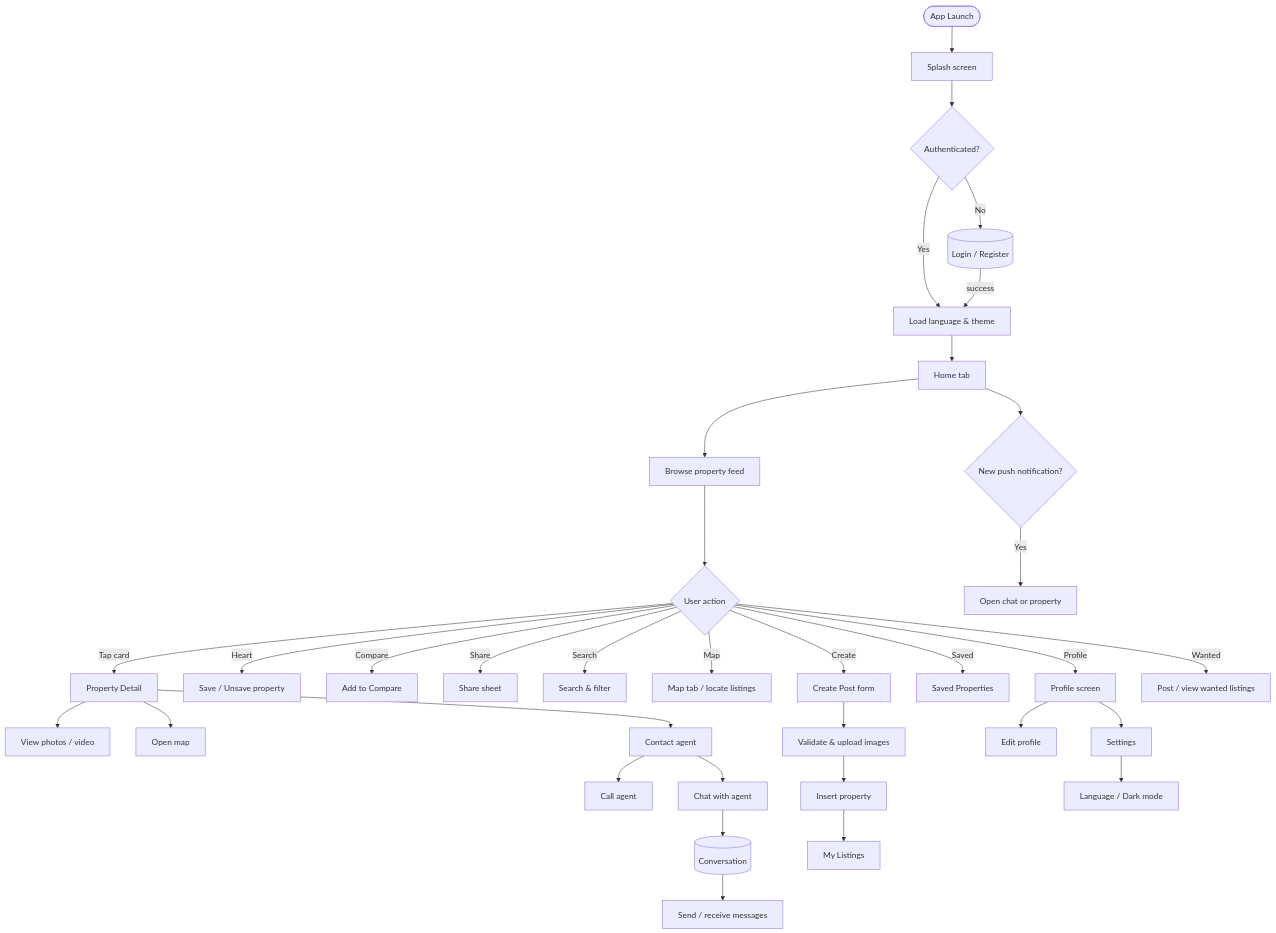
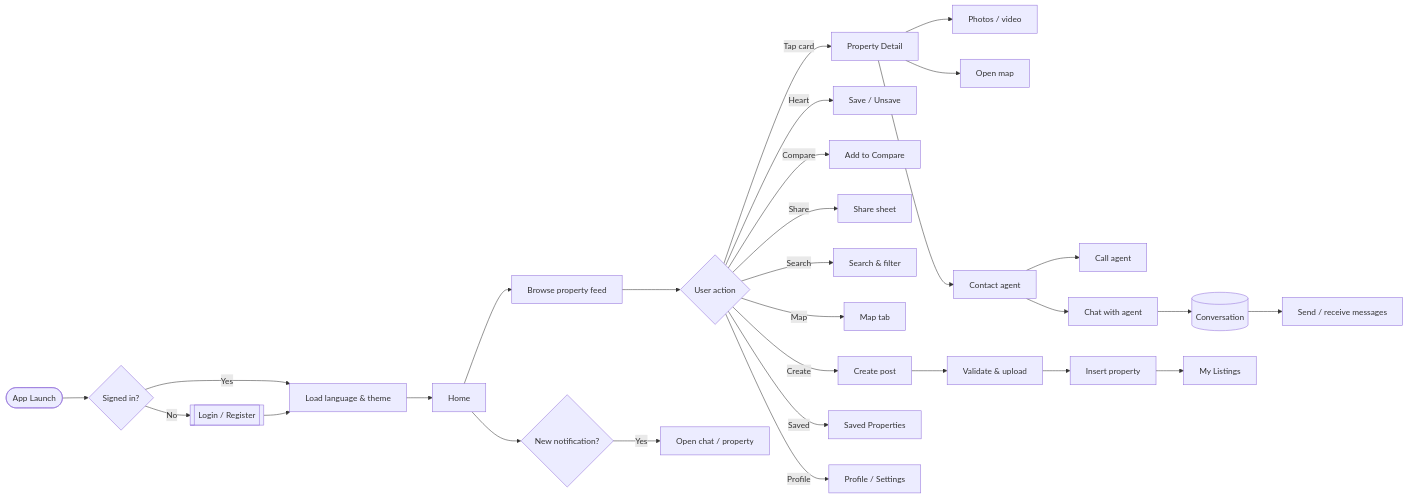
The diagram in docs/diagrams/flowchart.mmd (thetnaung-dev/Internship), drawn with Mermaid before and after one commit. The commit also changed 1 other file, not shown here.

Commit message:
docs: compact flowchart (LR layout, merged nodes)

```diff
--- a/docs/diagrams/flowchart.mmd
+++ b/docs/diagrams/flowchart.mmd
@@ -1,39 +1,33 @@
-flowchart TD
-    A([App Launch]) --> B[Splash screen]
-    B --> C{Authenticated?}
-    C -- No --> D[(Login / Register)]
-    C -- Yes --> E[Load language & theme]
-    D -- success --> E
-    E --> F[Home tab]
+flowchart LR
+    A([App Launch]) --> B{Signed in?}
+    B -- No --> C[[Login / Register]]
+    B -- Yes --> D[Load language & theme]
+    C --> D
+    D --> E[Home]
 
-    F --> G[Browse property feed]
-    G --> H{User action}
-    H -- Tap card --> I[Property Detail]
-    H -- Heart --> J[Save / Unsave property]
-    H -- Compare --> K[Add to Compare]
-    H -- Share --> L[Share sheet]
+    E --> F[Browse property feed]
+    F --> G{User action}
+    G -- Tap card --> H[Property Detail]
+    G -- Heart --> I[Save / Unsave]
+    G -- Compare --> J[Add to Compare]
+    G -- Share --> K[Share sheet]
 
-    I --> M[View photos / video]
-    I --> N[Open map]
-    I --> O[Contact agent]
-    O --> P[Call agent]
-    O --> Q[Chat with agent]
+    H --> L[Photos / video]
+    H --> M[Open map]
+    H --> N[Contact agent]
+    N --> O[Call agent]
+    N --> P[Chat with agent]
+    P --> Q[(Conversation)]
+    Q --> R[Send / receive messages]
 
-    Q --> R[(Conversation)]
-    R --> S[Send / receive messages]
+    G -- Search --> S[Search & filter]
+    G -- Map --> T[Map tab]
+    G -- Create --> U[Create post]
+    U --> V[Validate & upload]
+    V --> W[Insert property]
+    W --> X[My Listings]
+    G -- Saved --> Y[Saved Properties]
+    G -- Profile --> Z[Profile / Settings]
 
-    H -- Search --> T[Search & filter]
-    H -- Map --> U[Map tab / locate listings]
-    H -- Create --> V[Create Post form]
-    V --> W[Validate & upload images]
-    W --> X[Insert property]
-    X --> Y[My Listings]
-    H -- Saved --> Z[Saved Properties]
-    H -- Profile --> AA[Profile screen]
-    AA --> AB[Edit profile]
-    AA --> AC[Settings]
-    AC --> AD[Language / Dark mode]
-    H -- Wanted --> AE[Post / view wanted listings]
-
-    F --> AF{New push notification?}
-    AF -- Yes --> AG[Open chat or property]
+    E --> AA{New notification?}
+    AA -- Yes --> AB[Open chat / property]
```
